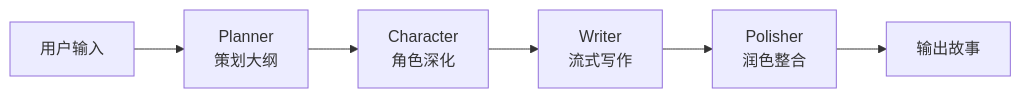
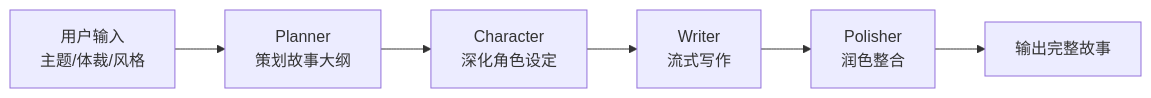
The second of 2 diagrams in README.md (Atomiy/taleforge), drawn with Mermaid before and after one commit. The commit also changed other lines of this file and 4 other files, not shown here.

````diff
--- a/README.md
+++ b/README.md
@@ -45,8 +70,8 @@
 ```mermaid
 flowchart LR
-    Input["用户输入"] --> P["Planner<br/>策划大纲"]
-    P --> C["Character<br/>角色深化"]
+    Input["用户输入<br/>主题/体裁/风格"] --> P["Planner<br/>策划故事大纲"]
+    P --> C["Character<br/>深化角色设定"]
     C --> W["Writer<br/>流式写作"]
     W --> Pol["Polisher<br/>润色整合"]
-    Pol --> Output["输出故事"]
+    Pol --> Output["输出完整故事"]
 ```
````
